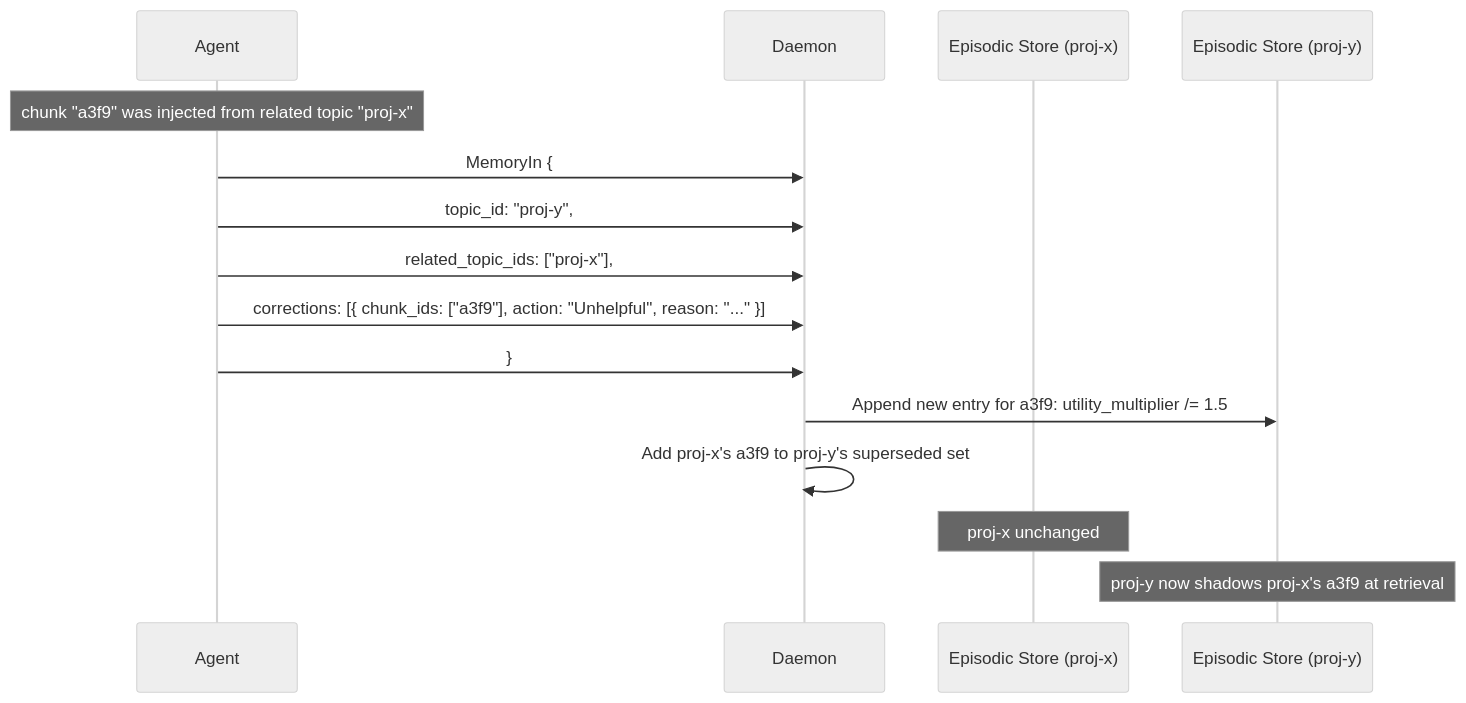
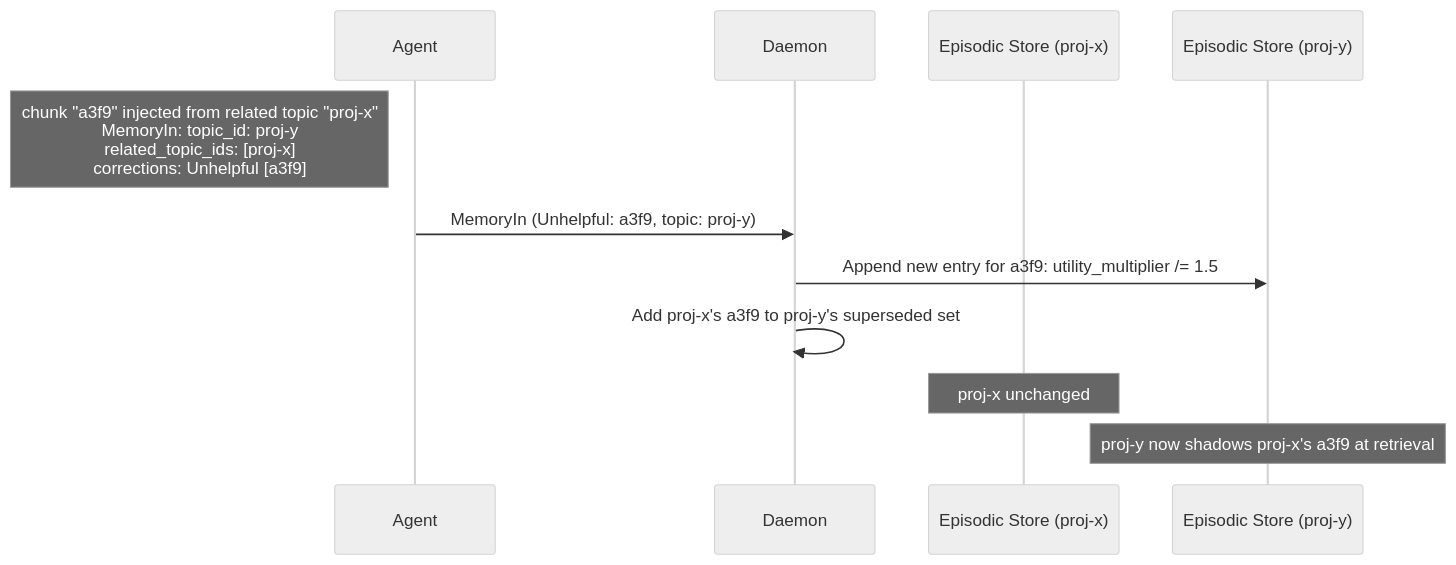
The fourth of 7 diagrams in _posts/2026-03-10-context-manager.md (StephenSmithwick/StephenSmithwick.github.io), drawn with Mermaid (neutral theme) before and after one commit. The commit also changed other lines of this file and 2 other files, not shown here.

````diff
--- a/_posts/2026-03-10-context-manager.md
+++ b/_posts/2026-03-10-context-manager.md
@@ -468,18 +554,14 @@
 ```mermaid
 sequenceDiagram
     participant A as Agent
     participant D as Daemon
     participant ES_ref as Episodic Store (proj-x)
     participant ES_cur as Episodic Store (proj-y)
 
-    Note over A: chunk "a3f9" was injected from related topic "proj-x"
-    A->>D: MemoryIn {
-    A->>D:   topic_id: "proj-y",
-    A->>D:   related_topic_ids: ["proj-x"],
-    A->>D:   corrections: [{ chunk_ids: ["a3f9"], action: "Unhelpful", reason: "..." }]
-    A->>D: }
+    Note left of A: chunk "a3f9" injected from related topic "proj-x"<br/>MemoryIn: topic_id: proj-y<br/>related_topic_ids: [proj-x]<br/>corrections: Unhelpful [a3f9]
+    A->>D: MemoryIn (Unhelpful: a3f9, topic: proj-y)
     D->>ES_cur: Append new entry for a3f9: utility_multiplier /= 1.5
     D->>D: Add proj-x's a3f9 to proj-y's superseded set
     Note over ES_ref: proj-x unchanged
     Note over ES_cur: proj-y now shadows proj-x's a3f9 at retrieval
 ```
````
